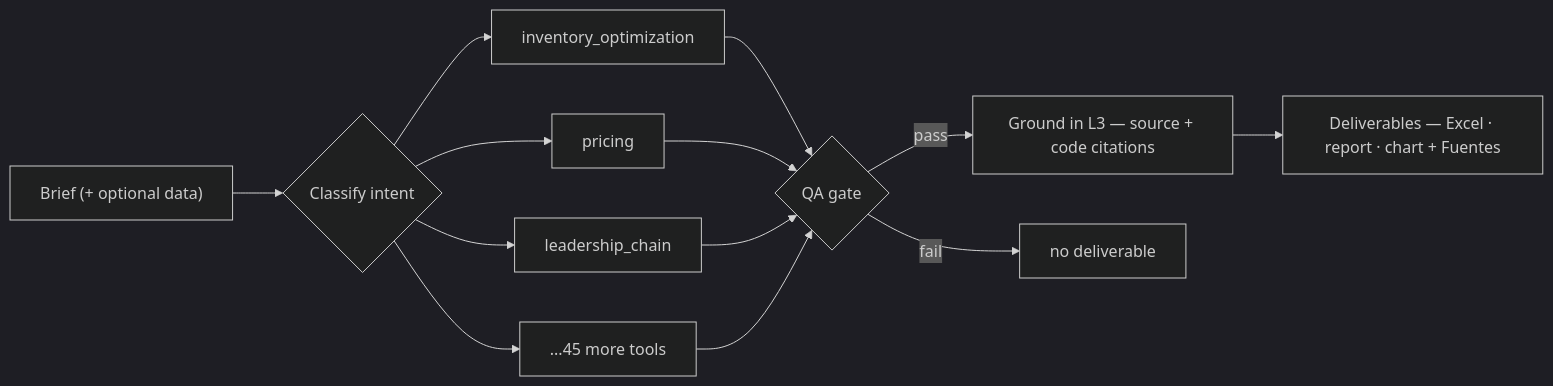
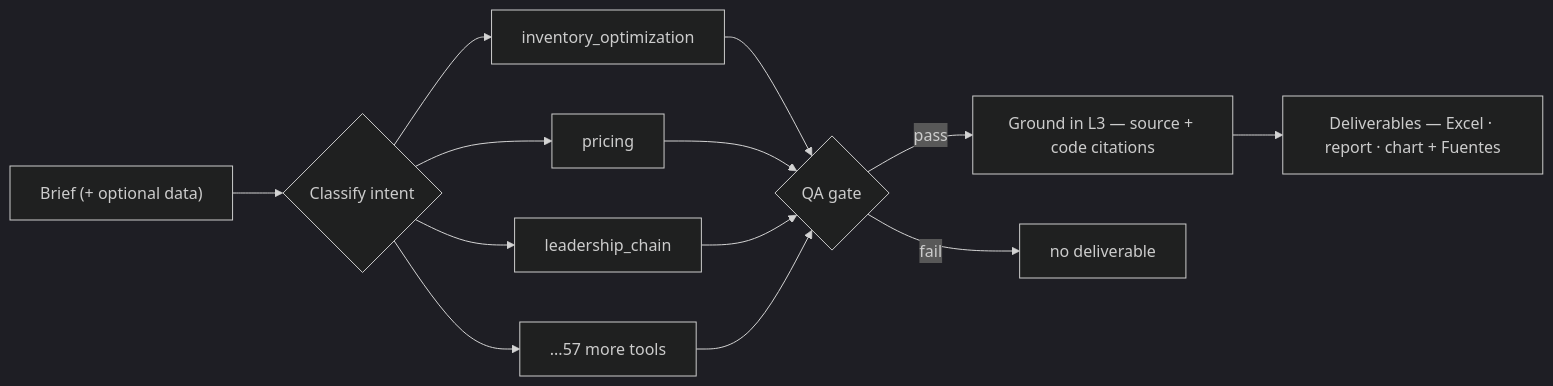
Before and after one commit to esstipi-debug/kern: the first of 2 diagrams in README.md, drawn with Mermaid (dark theme). The commit also changed other lines of this file and 3 other files, not shown here.

````diff
--- a/README.md
+++ b/README.md
@@ -28,15 +30,15 @@
 ```mermaid
 flowchart LR
   A["Brief (+ optional data)"] --> C{"Classify intent"}
   C --> I["inventory_optimization"]
   C --> P["pricing"]
   C --> L["leadership_chain"]
-  C --> M["...45 more tools"]
+  C --> M["...57 more tools"]
   I --> Q{"QA gate"}
   P --> Q
   L --> Q
   M --> Q
   Q -->|pass| G["Ground in L3 — source + code citations"]
   G --> D["Deliverables — Excel · report · chart + Fuentes"]
   Q -->|fail| N["no deliverable"]
 ```
````
